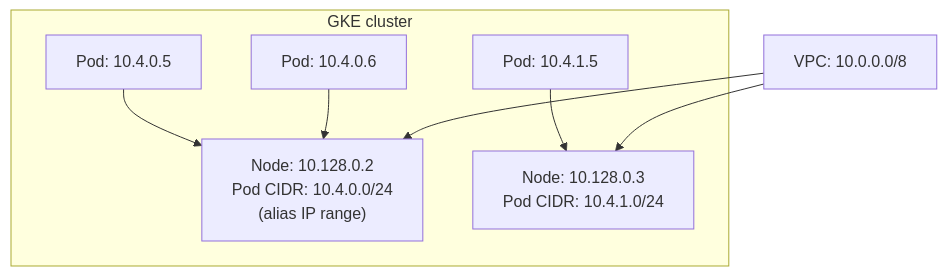
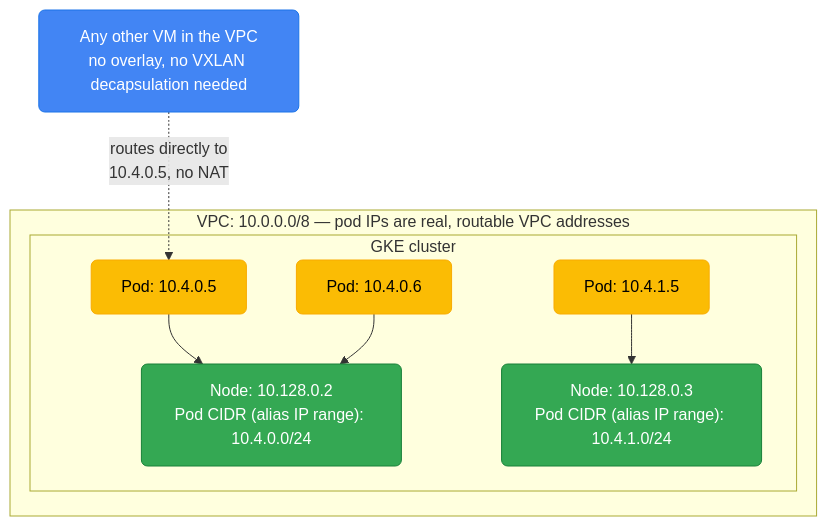
One commit to deepanshu-rawat6/DevOpsIndex changed the fourth of 7 diagrams in gcp/gke.md. Above: the diagram before and after it, drawn with Mermaid. The commit also changed other lines of this file and 14 other files, not shown here.

````diff
--- a/gcp/gke.md
+++ b/gcp/gke.md
@@ -92,12 +195,22 @@
 ```mermaid
 graph TD
-    VPC["VPC: 10.0.0.0/8"]
-    subgraph "GKE cluster"
-        NODE1["Node: 10.128.0.2<br>Pod CIDR: 10.4.0.0/24<br>(alias IP range)"]
-        NODE2["Node: 10.128.0.3<br>Pod CIDR: 10.4.1.0/24"]
-        POD1["Pod: 10.4.0.5"] --> NODE1
-        POD2["Pod: 10.4.0.6"] --> NODE1
-        POD3["Pod: 10.4.1.5"] --> NODE2
+    classDef vpc fill:#4285F4,stroke:#1a73e8,color:#fff,rx:6
+    classDef node fill:#34A853,stroke:#188038,color:#fff,rx:6
+    classDef pod fill:#FBBC04,stroke:#f9ab00,color:#000,rx:6
+
+    subgraph VPCNET["VPC: 10.0.0.0/8 — pod IPs are real, routable VPC addresses"]
+        subgraph CLUSTER["GKE cluster"]
+            NODE1["Node: 10.128.0.2<br/>Pod CIDR (alias IP range): 10.4.0.0/24"]:::node
+            NODE2["Node: 10.128.0.3<br/>Pod CIDR (alias IP range): 10.4.1.0/24"]:::node
+            POD1["Pod: 10.4.0.5"]:::pod
+            POD2["Pod: 10.4.0.6"]:::pod
+            POD3["Pod: 10.4.1.5"]:::pod
+            POD1 --> NODE1
+            POD2 --> NODE1
+            POD3 --> NODE2
+        end
     end
-    VPC --> NODE1 & NODE2
+
+    OTHERVM["Any other VM in the VPC<br/>no overlay, no VXLAN decapsulation needed"]:::vpc
+    OTHERVM -.->|"routes directly to<br/>10.4.0.5, no NAT"| POD1
 ```
````
